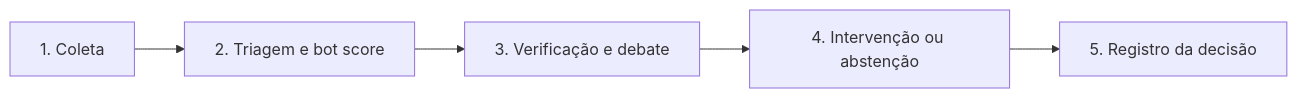
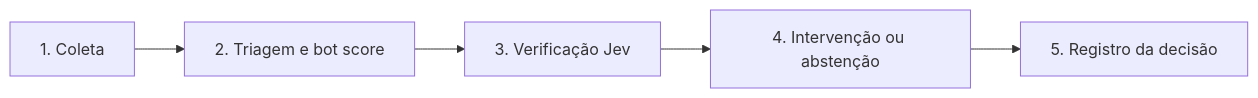
The diagram in docs/arquitetura/pipeline.md (moonshinerd/ContrarIA), drawn with Mermaid before and after one commit. The commit also changed other lines of this file and 14 other files, not shown here.

````diff
--- a/docs/arquitetura/pipeline.md
+++ b/docs/arquitetura/pipeline.md
@@ -9,7 +12,7 @@
 ```mermaid
 flowchart LR
     A["1. Coleta"] --> B["2. Triagem e bot score"]
-    B --> C["3. Verificação e debate"]
+    B --> C["3. Verificação Jev"]
     C --> D["4. Intervenção ou abstenção"]
     D --> E["5. Registro da decisão"]
 ```
````
